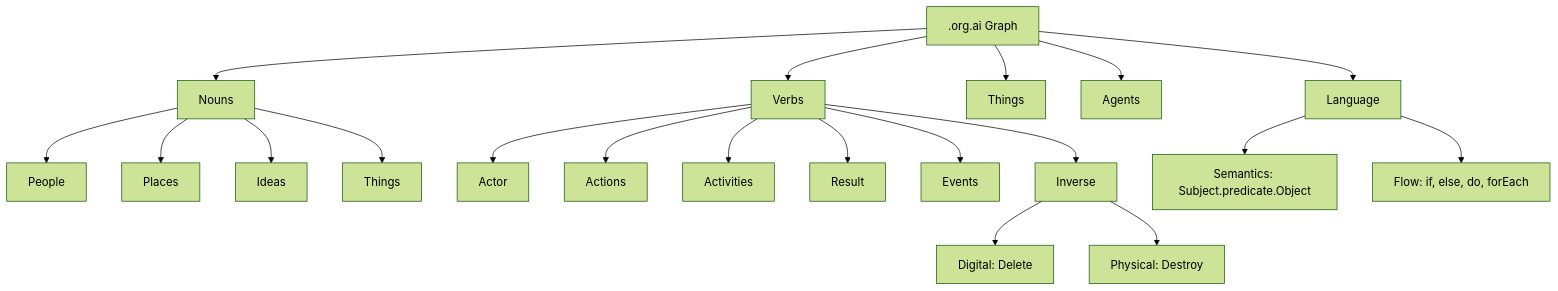
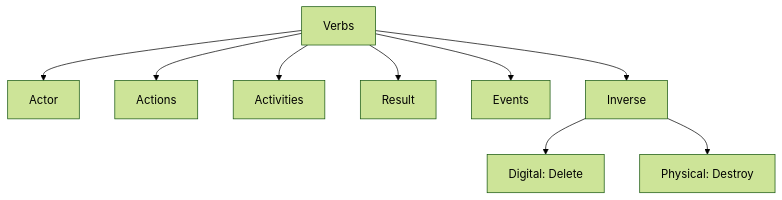
Before and after one commit to dot-org-ai/graph.org.ai: the third of 3 diagrams in README.md, drawn with Mermaid (forest theme). The commit also changed other lines of this file and 77 other files, not shown here.

````diff
--- a/README.md
+++ b/README.md
@@ -39,44 +67,11 @@
 ```mermaid
 graph TD
-    %% Core Foundation
-    Root[.org.ai Graph] --> Nouns
-    Root --> Verbs
-    Root --> Things
-    Root --> Agents
-
-    %% Nouns Breakdown
-    Nouns --> People
-    Nouns --> Places
-    Nouns --> Ideas
-    Nouns --> ThingsRef[Things]
-
-    %% Verbs Breakdown
     Verbs --> Actor
     Verbs --> Actions
     Verbs --> Activities
     Verbs --> Result
     Verbs --> Events
     Verbs --> Inverse
-
-    %% Inverse Types
     Inverse --> Digital[Digital: Delete]
     Inverse --> Physical[Physical: Destroy]
-
-    %% Language
-    Root --> Language
-    Language --> Semantics[Semantics: Subject.predicate.Object]
-    Language --> Flow[Flow: if, else, do, forEach]
-
-    %% Clickable Links
-    click Nouns "/Nouns"
-    click Verbs "/Verbs"
-    click Things "/Things"
-    click ThingsRef "/Things"
-    click People "/People"
-    click Places "/Places"
-    click Ideas "/Ideas"
-    click Agents "/Agents"
-    click Actions "/Actions"
-    click Activities "/Activities"
-    click Events "/Events"
 ```
````
